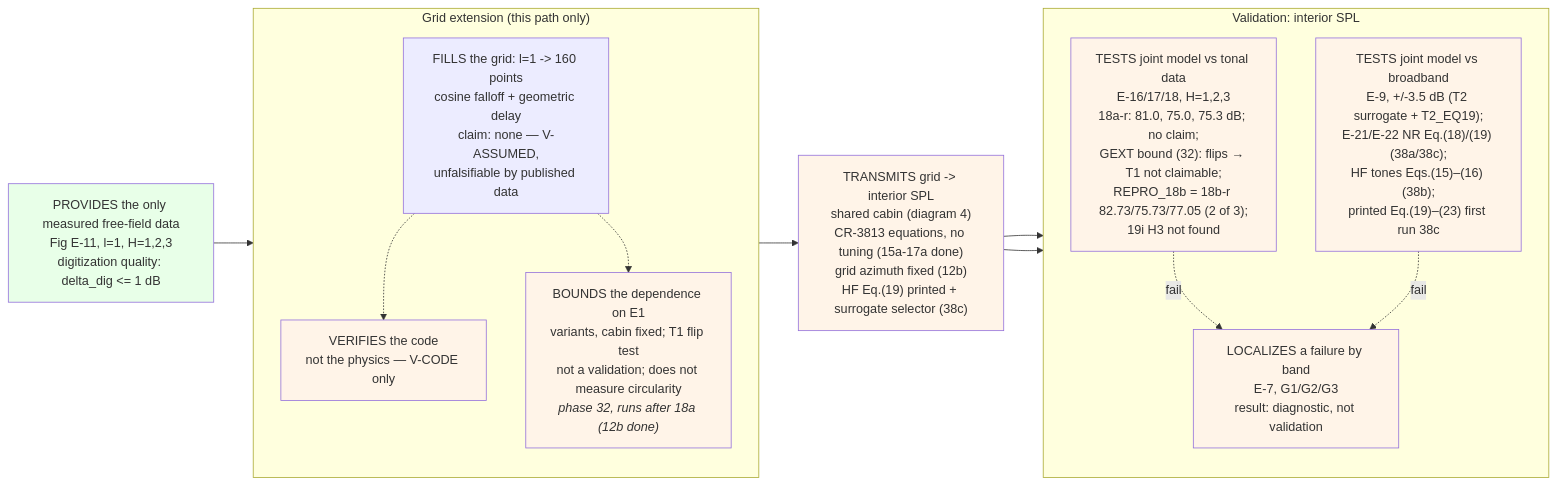
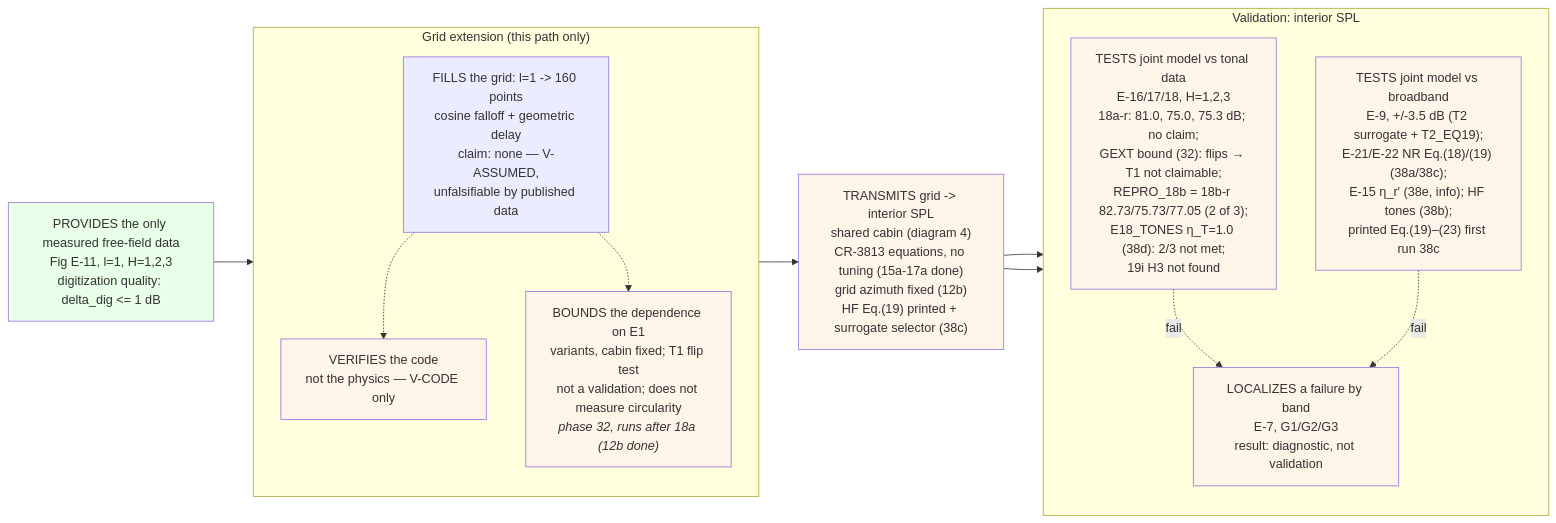
One commit to hoangf1/PAIN changed the second of 6 diagrams in rea-work/docs/flowchart.md. Above: the diagram before and after it, drawn with Mermaid. The commit also changed other lines of this file and 14 other files, not shown here.

Commit message:
38d/38e: E18_TONES (not met, 2/3) and E15_STRUCT_LOSS (info) cases

````diff
--- a/rea-work/docs/flowchart.md
+++ b/rea-work/docs/flowchart.md
@@ -55,36 +55,36 @@
 ```mermaid
 flowchart LR
     S["PROVIDES the only measured free-field data<br/>Fig E-11, l=1, H=1,2,3<br/>digitization quality: delta_dig <= 1 dB"]
 
     subgraph EXT["Grid extension (this path only)"]
         direction TB
         E1["FILLS the grid: l=1 -> 160 points<br/>cosine falloff + geometric delay<br/>claim: none — V-ASSUMED,<br/>unfalsifiable by published data"]
         E2["VERIFIES the code<br/>not the physics — V-CODE only"]
         E3["BOUNDS the dependence on E1<br/>variants, cabin fixed; T1 flip test<br/>not a validation; does not measure circularity<br/><i>phase 32, runs after 18a (12b done)</i>"]
     end
 
     CAB["TRANSMITS grid -> interior SPL<br/>shared cabin (diagram 4)<br/>CR-3813 equations, no tuning (15a-17a done)<br/>grid azimuth fixed (12b)<br/>HF Eq.(19) printed + surrogate selector (38c)"]
 
     subgraph VAL["Validation: interior SPL"]
         direction TB
-        V1["TESTS joint model vs tonal data<br/>E-16/17/18, H=1,2,3<br/>18a-r: 81.0, 75.0, 75.3 dB; no claim;<br/>GEXT bound (32): flips → T1 not claimable;<br/>REPRO_18b = 18b-r 82.73/75.73/77.05 (2 of 3);<br/>19i H3 not found"]
-        V2["TESTS joint model vs broadband<br/>E-9, +/-3.5 dB (T2 surrogate + T2_EQ19);<br/>E-21/E-22 NR Eq.(18)/(19) (38a/38c);<br/>HF tones Eqs.(15)–(16) (38b);<br/>printed Eq.(19)–(23) first run 38c"]
+        V1["TESTS joint model vs tonal data<br/>E-16/17/18, H=1,2,3<br/>18a-r: 81.0, 75.0, 75.3 dB; no claim;<br/>GEXT bound (32): flips → T1 not claimable;<br/>REPRO_18b = 18b-r 82.73/75.73/77.05 (2 of 3);<br/>E18_TONES η_T=1.0 (38d): 2/3 not met;<br/>19i H3 not found"]
+        V2["TESTS joint model vs broadband<br/>E-9, +/-3.5 dB (T2 surrogate + T2_EQ19);<br/>E-21/E-22 NR Eq.(18)/(19) (38a/38c);<br/>E-15 η_r′ (38e, info); HF tones (38b);<br/>printed Eq.(19)–(23) first run 38c"]
         V3["LOCALIZES a failure by band<br/>E-7, G1/G2/G3<br/>result: diagnostic, not validation"]
     end
 
     S --> E1
     E1 --> CAB
     E1 -.-> E2
     E1 -.-> E3
     CAB --> V1 & V2
     V1 -.->|fail| V3
     V2 -.->|fail| V3
 
     style S fill:#e8ffe8
     style CAB fill:#fff4e8
     style V1 fill:#fff4e8
     style V2 fill:#fff4e8
     style E2 fill:#fff4e8
     style E3 fill:#fff4e8
     style V3 fill:#fff4e8
 ```
````
